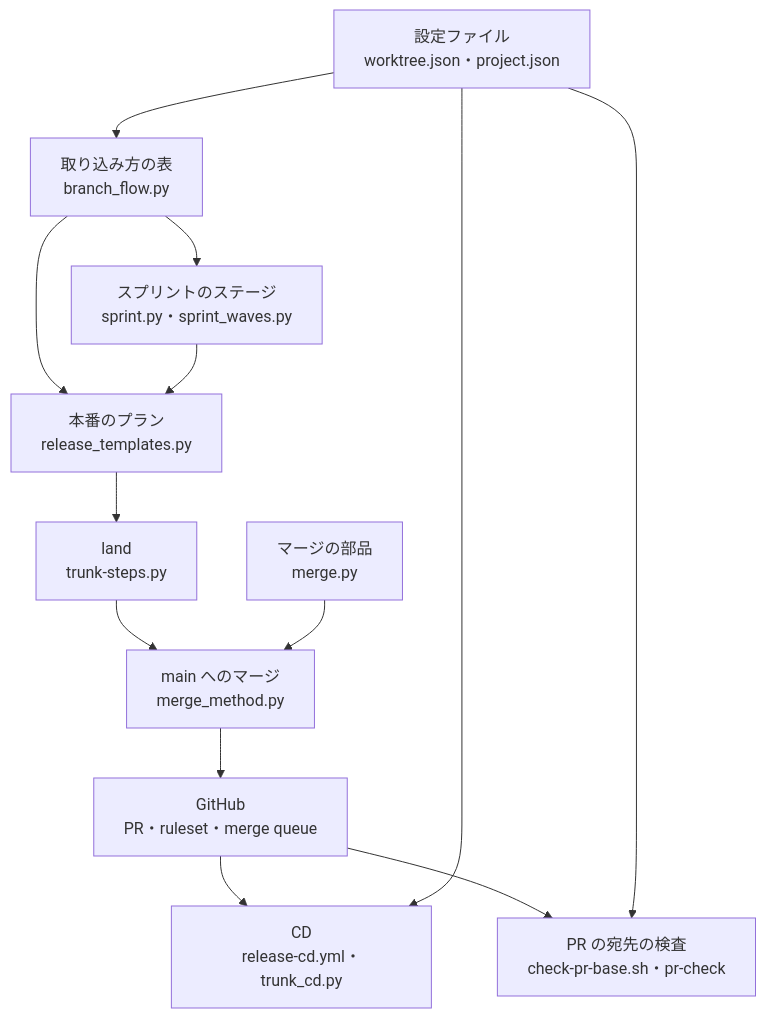
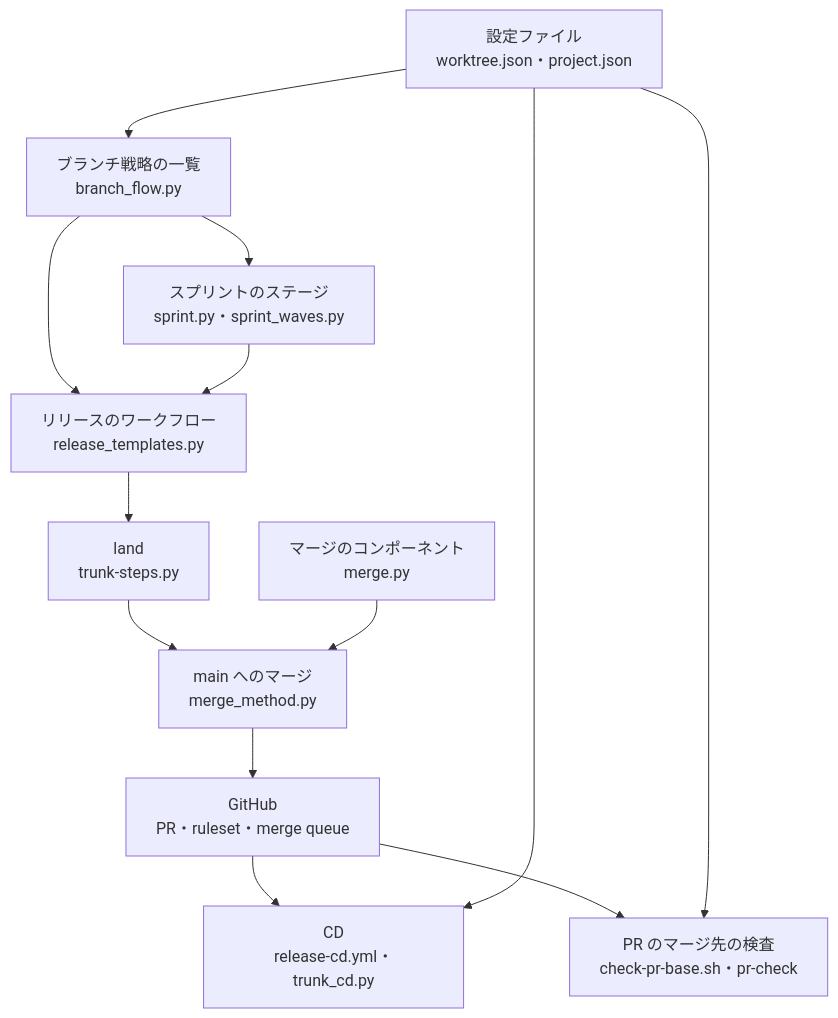
Before and after one commit to devbasex/ai-plugins: the first of 3 diagrams in issues/issue-3641-design.md, drawn with Mermaid. The commit also changed other lines of this file and 6 other files, not shown here.

````diff
--- a/issues/issue-3641-design.md
+++ b/issues/issue-3641-design.md
@@ -227,25 +227,25 @@
 ```mermaid
 flowchart TB
     decl["設定ファイル<br/>worktree.json・project.json"]
-    flow["取り込み方の表<br/>branch_flow.py"]
+    flow["ブランチ戦略の一覧<br/>branch_flow.py"]
     sprint["スプリントのステージ<br/>sprint.py・sprint_waves.py"]
-    tmpl["本番のプラン<br/>release_templates.py"]
+    tmpl["リリースのワークフロー<br/>release_templates.py"]
     land["land<br/>trunk-steps.py"]
     method["main へのマージ<br/>merge_method.py"]
-    mwg["マージの部品<br/>merge.py"]
+    mwg["マージのコンポーネント<br/>merge.py"]
     gh["GitHub<br/>PR・ruleset・merge queue"]
     cd["CD<br/>release-cd.yml・trunk_cd.py"]
-    guard["PR の宛先の検査<br/>check-pr-base.sh・pr-check"]
+    guard["PR のマージ先の検査<br/>check-pr-base.sh・pr-check"]
     decl --> flow
     flow --> sprint
     flow --> tmpl
     sprint --> tmpl
     tmpl --> land
     land --> method
     mwg --> method
     method --> gh
     gh --> cd
     gh --> guard
     decl --> cd
     decl --> guard
 ```
````
